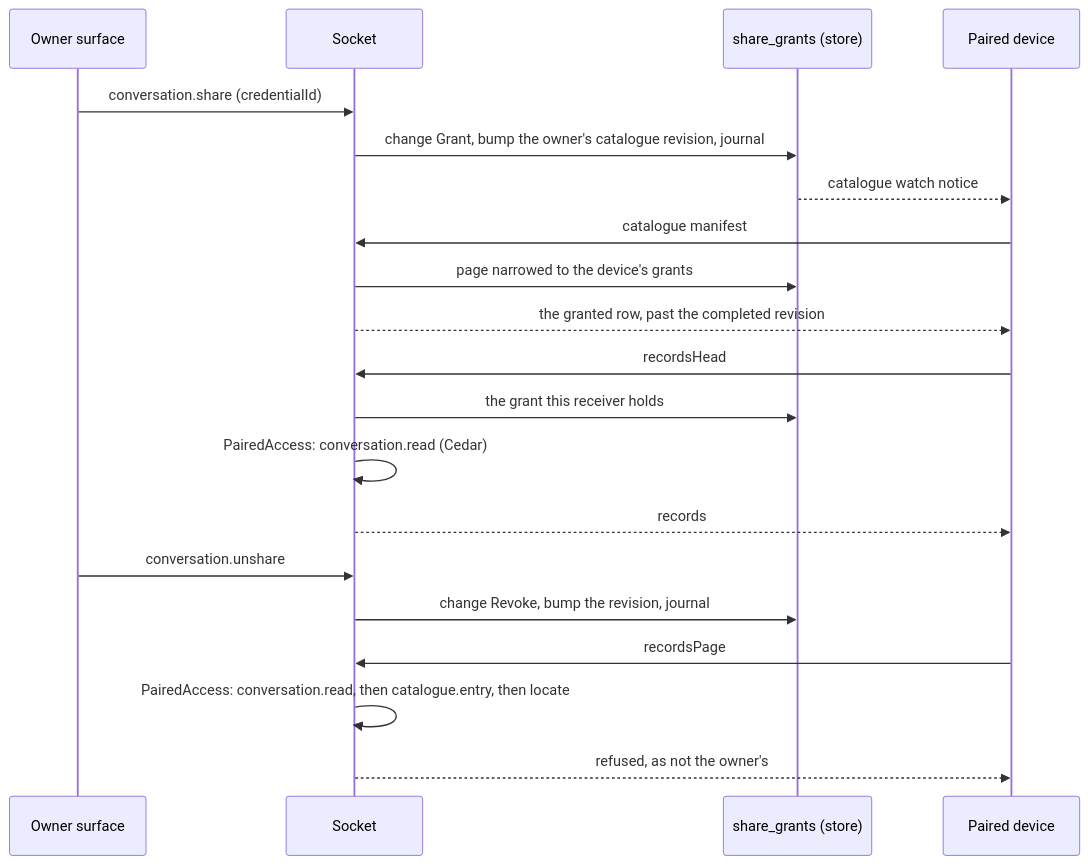
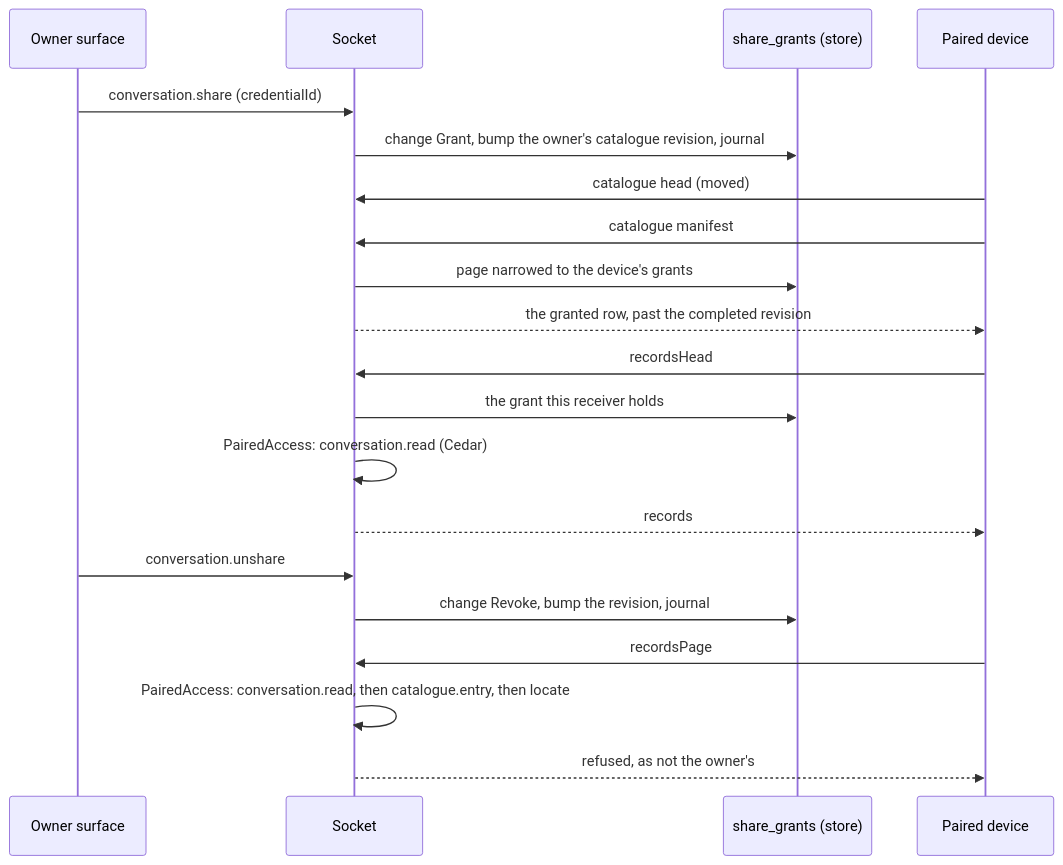
Before and after one commit to nessalabs/nessa-agent: the first of 7 diagrams in docs/design/read-grants.md, drawn with Mermaid. The commit also changed other lines of this file and 102 other files, not shown here.

````diff
--- a/docs/design/read-grants.md
+++ b/docs/design/read-grants.md
@@ -132,22 +132,22 @@
 ```mermaid
 sequenceDiagram
     participant Owner as Owner surface
     participant Socket
     participant Grants as share_grants (store)
     participant Device as Paired device
     Owner->>Socket: conversation.share (credentialId)
     Socket->>Grants: change Grant, bump the owner's catalogue revision, journal
-    Grants-->>Device: catalogue watch notice
+    Device->>Socket: catalogue head (moved)
     Device->>Socket: catalogue manifest
     Socket->>Grants: page narrowed to the device's grants
     Socket-->>Device: the granted row, past the completed revision
     Device->>Socket: recordsHead
     Socket->>Grants: the grant this receiver holds
     Socket->>Socket: PairedAccess: conversation.read (Cedar)
     Socket-->>Device: records
     Owner->>Socket: conversation.unshare
     Socket->>Grants: change Revoke, bump the revision, journal
     Device->>Socket: recordsPage
     Socket->>Socket: PairedAccess: conversation.read, then catalogue.entry, then locate
     Socket-->>Device: refused, as not the owner's
 ```
````
